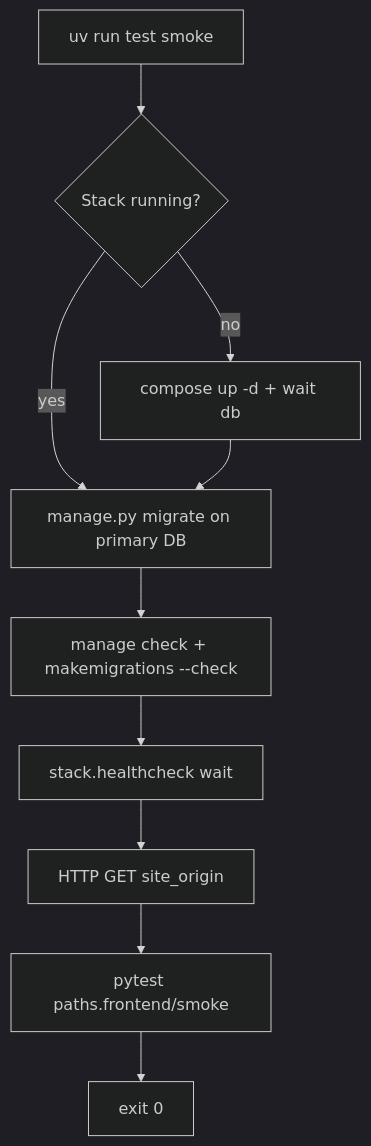
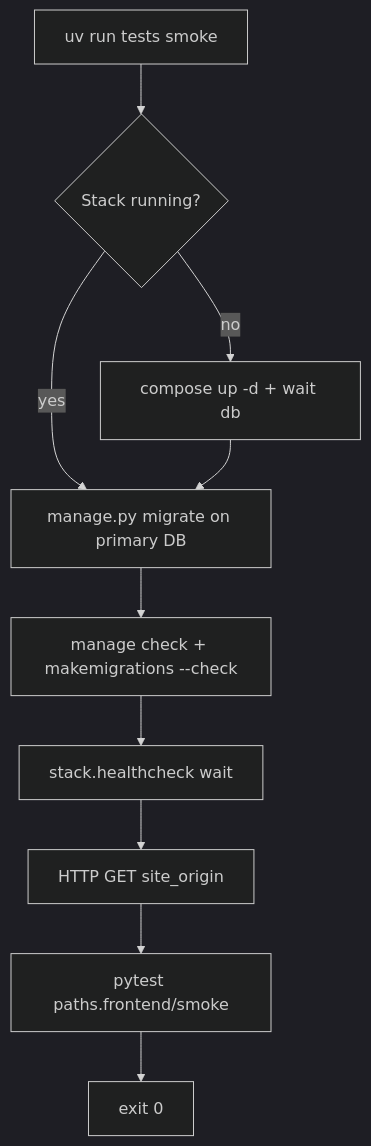
The diagram in docs/SMOKE_TESTS.md (catalpainternational/catalpa-workspace-tooling), drawn with Mermaid (dark theme) before and after one commit. The commit also changed other lines of this file and 25 other files, not shown here.

Commit message:
fixes for smoke tests + test renamed to tests

````diff
--- a/docs/SMOKE_TESTS.md
+++ b/docs/SMOKE_TESTS.md
@@ -30,12 +30,12 @@
 ```mermaid
 flowchart TD
-  start[uv run test smoke] --> up{Stack running?}
+  start[uv run tests smoke] --> up{Stack running?}
   up -->|no| composeUp[compose up -d + wait db]
   up -->|yes| migrate
   composeUp --> migrate[manage.py migrate on primary DB]
   migrate --> check[manage check + makemigrations --check]
   check --> web[stack.healthcheck wait]
   web --> http[HTTP GET site_origin]
   http --> pytest[pytest paths.frontend/smoke]
   pytest --> pass[exit 0]
 ```
````
